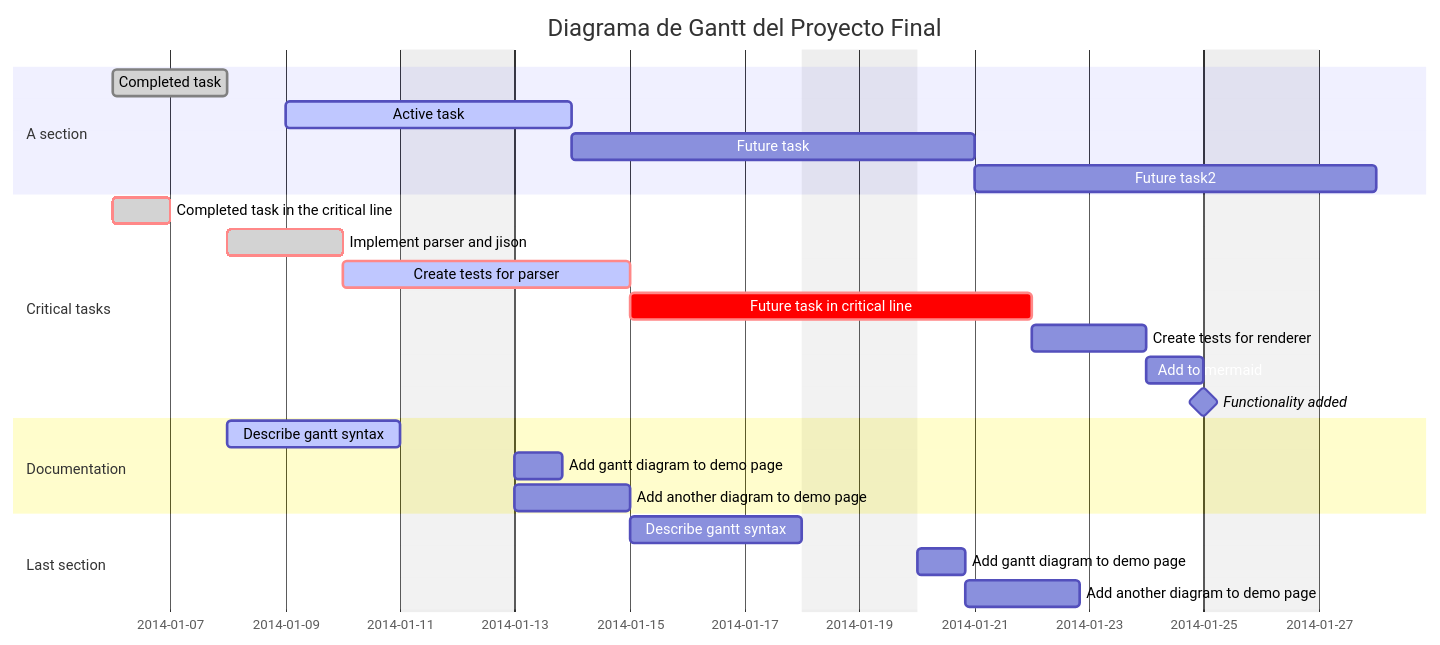
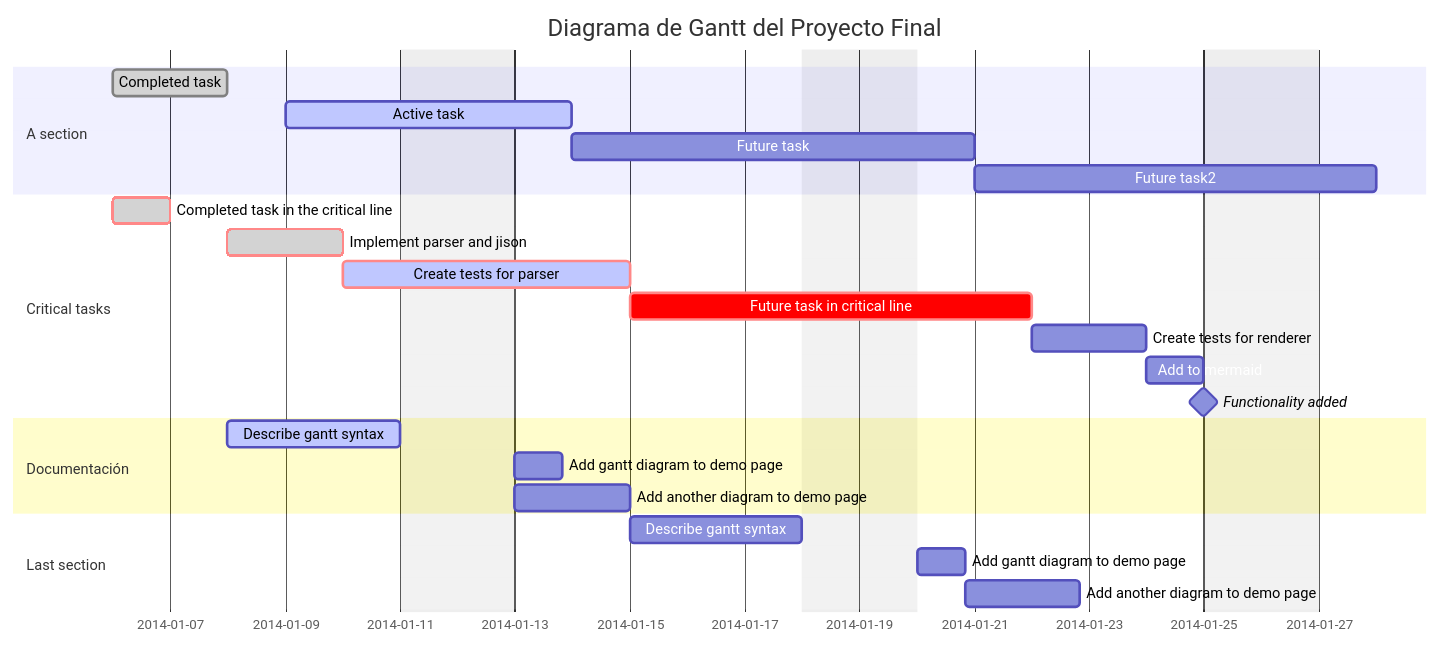
The first of 2 diagrams in README.md (Beth-94/testmermaid), drawn with Mermaid before and after one commit. The commit also changed other lines of this file, not shown here.

````diff
--- a/README.md
+++ b/README.md
@@ -8,33 +8,33 @@
 ```mermaid
 gantt
     dateFormat  YYYY-MM-DD
     title       Diagrama de Gantt del Proyecto Final
     excludes    weekends
     %% (`excludes` accepts specific dates in YYYY-MM-DD format, days of the week ("sunday") or "weekends", but not the word "weekdays".)
 
     section A section
     Completed task            :done,    des1, 2014-01-06,2014-01-08
     Active task               :active,  des2, 2014-01-09, 3d
     Future task               :         des3, after des2, 5d
     Future task2              :         des4, after des3, 5d
 
     section Critical tasks
     Completed task in the critical line :crit, done, 2014-01-06,24h
     Implement parser and jison          :crit, done, after des1, 2d
     Create tests for parser             :crit, active, 3d
     Future task in critical line        :crit, 5d
     Create tests for renderer           :2d
     Add to mermaid                      :until isadded
     Functionality added                 :milestone, isadded, 2014-01-25, 0d
 
-    section Documentation
+    section Documentación
     Describe gantt syntax               :active, a1, after des1, 3d
     Add gantt diagram to demo page      :after a1  , 20h
     Add another diagram to demo page    :doc1, after a1  , 48h
 
     section Last section
     Describe gantt syntax               :after doc1, 3d
     Add gantt diagram to demo page      :20h
     Add another diagram to demo page    :48h
 
 ```
````
